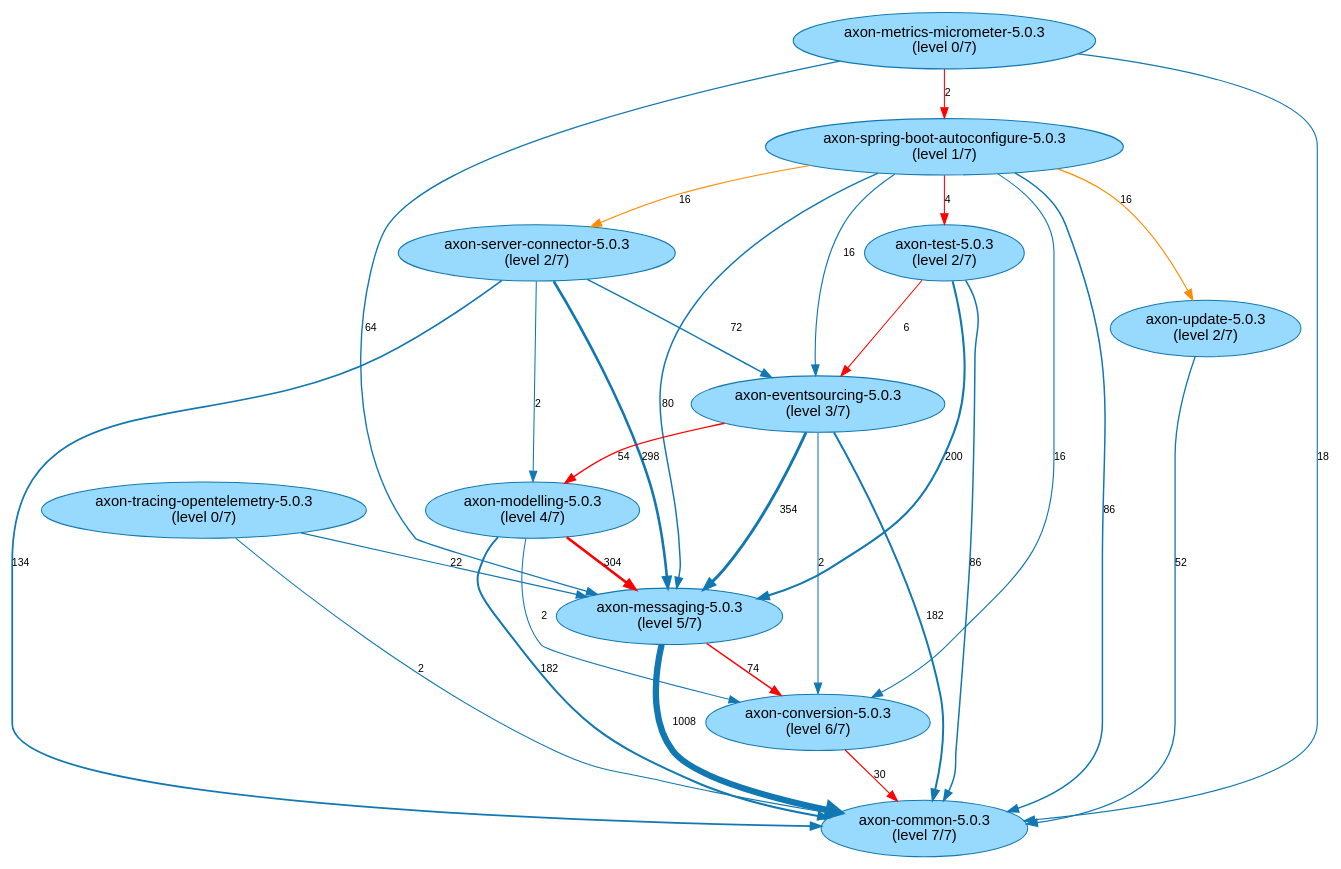
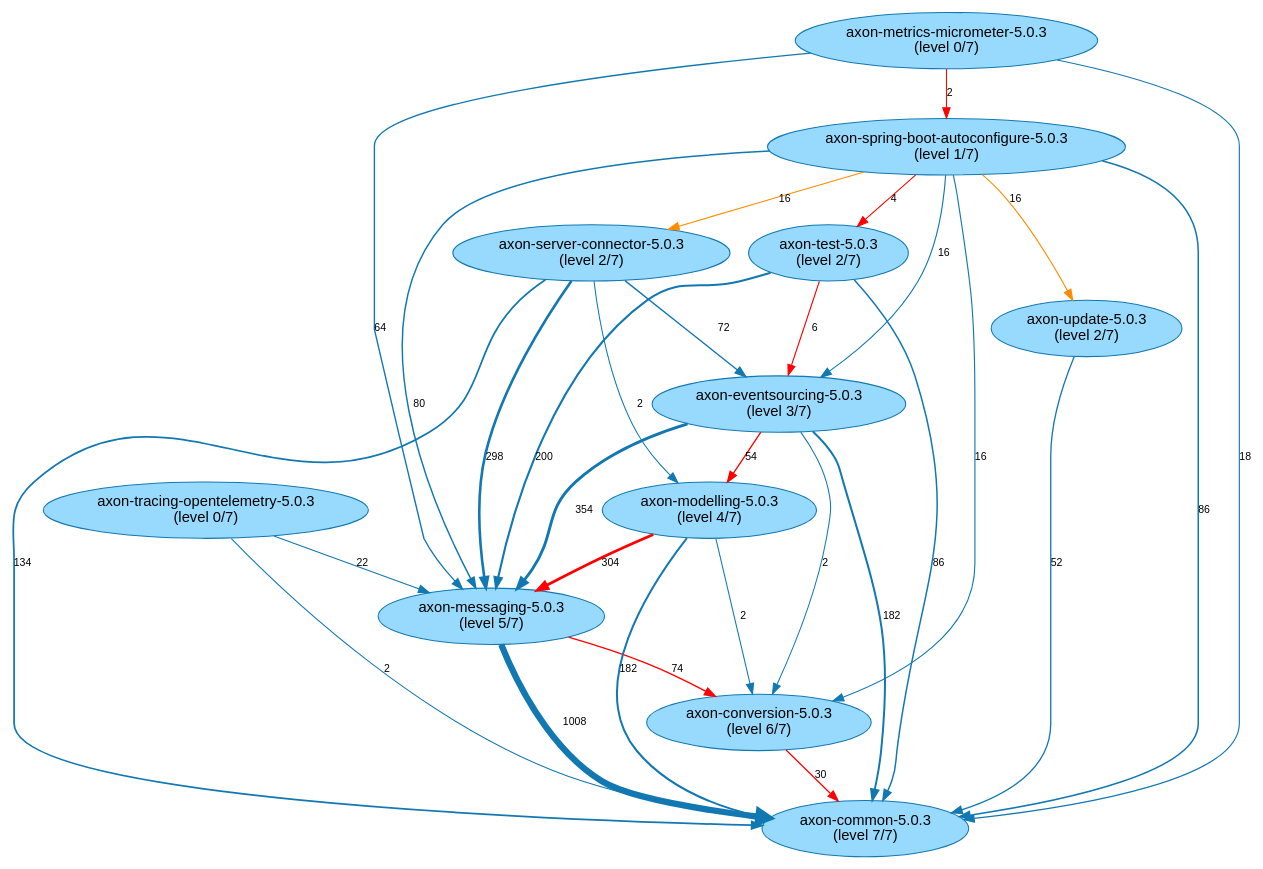
The diagram in analysis-results/AxonFramework/AxonFramework-5.0.3/path-finding-visualization/JavaArtifactLongestPaths.gv (JohT/code-graph-analysis-examples), drawn with Graphviz before and after one commit. The commit also changed other lines of this file and 853 other files, not shown here.

```diff
--- a/analysis-results/AxonFramework/AxonFramework-5.0.3/path-finding-visualization/JavaArtifactLongestPaths.gv
+++ b/analysis-results/AxonFramework/AxonFramework-5.0.3/path-finding-visualization/JavaArtifactLongestPaths.gv
@@ -1,42 +1,42 @@
 // This GraphViz dot file was generated by the script convertQueryResultCsvToGraphVizDotFile.sh with default.template
 
 strict digraph JavaArtifactLongestPaths {
     fontname = "Helvetica,Arial,sans-serif";
     node [fontname = "Helvetica,Arial,sans-serif";];
     edge [fontname = "Helvetica,Arial,sans-serif"; fontsize = 10;];
     node [style = filled; fillcolor = "0.560 0.400 0.999";];
     node [color = "0.560 0.900 0.700";];
     edge [color = "0.560 0.900 0.700";];
+	"axon-test-5.0.3\n(level 2/7)" -> "axon-messaging-5.0.3\n(level 5/7)" [label=200; penwidth=1.98; ];
+	"axon-test-5.0.3\n(level 2/7)" -> "axon-common-5.0.3\n(level 7/7)" [label=86; penwidth=1.42; ];
+	"axon-test-5.0.3\n(level 2/7)" -> "axon-eventsourcing-5.0.3\n(level 3/7)" [label=6; penwidth=1.02; color="red"; ];
+	"axon-tracing-opentelemetry-5.0.3\n(level 0/7)" -> "axon-common-5.0.3\n(level 7/7)" [label=2; penwidth=1.0; ];
+	"axon-tracing-opentelemetry-5.0.3\n(level 0/7)" -> "axon-messaging-5.0.3\n(level 5/7)" [label=22; penwidth=1.1; ];
+	"axon-eventsourcing-5.0.3\n(level 3/7)" -> "axon-messaging-5.0.3\n(level 5/7)" [label=354; penwidth=2.75; ];
+	"axon-eventsourcing-5.0.3\n(level 3/7)" -> "axon-common-5.0.3\n(level 7/7)" [label=182; penwidth=1.89; ];
+	"axon-eventsourcing-5.0.3\n(level 3/7)" -> "axon-modelling-5.0.3\n(level 4/7)" [label=54; penwidth=1.26; color="red"; ];
+	"axon-eventsourcing-5.0.3\n(level 3/7)" -> "axon-conversion-5.0.3\n(level 6/7)" [label=2; penwidth=1.0; ];
 	"axon-conversion-5.0.3\n(level 6/7)" -> "axon-common-5.0.3\n(level 7/7)" [label=30; penwidth=1.14; color="red"; ];
 	"axon-messaging-5.0.3\n(level 5/7)" -> "axon-common-5.0.3\n(level 7/7)" [label=1008; penwidth=6.0; ];
 	"axon-messaging-5.0.3\n(level 5/7)" -> "axon-conversion-5.0.3\n(level 6/7)" [label=74; penwidth=1.36; color="red"; ];
-	"axon-spring-boot-autoconfigure-5.0.3\n(level 1/7)" -> "axon-conversion-5.0.3\n(level 6/7)" [label=16; penwidth=1.07; ];
+	"axon-update-5.0.3\n(level 2/7)" -> "axon-common-5.0.3\n(level 7/7)" [label=52; penwidth=1.25; ];
+	"axon-metrics-micrometer-5.0.3\n(level 0/7)" -> "axon-common-5.0.3\n(level 7/7)" [label=18; penwidth=1.08; ];
+	"axon-metrics-micrometer-5.0.3\n(level 0/7)" -> "axon-messaging-5.0.3\n(level 5/7)" [label=64; penwidth=1.31; ];
+	"axon-metrics-micrometer-5.0.3\n(level 0/7)" -> "axon-spring-boot-autoconfigure-5.0.3\n(level 1/7)" [label=2; penwidth=1.0; color="red"; ];
+	"axon-server-connector-5.0.3\n(level 2/7)" -> "axon-messaging-5.0.3\n(level 5/7)" [label=298; penwidth=2.47; ];
+	"axon-server-connector-5.0.3\n(level 2/7)" -> "axon-common-5.0.3\n(level 7/7)" [label=134; penwidth=1.66; ];
+	"axon-server-connector-5.0.3\n(level 2/7)" -> "axon-modelling-5.0.3\n(level 4/7)" [label=2; penwidth=1.0; ];
+	"axon-server-connector-5.0.3\n(level 2/7)" -> "axon-eventsourcing-5.0.3\n(level 3/7)" [label=72; penwidth=1.35; ];
+	"axon-modelling-5.0.3\n(level 4/7)" -> "axon-common-5.0.3\n(level 7/7)" [label=182; penwidth=1.89; ];
+	"axon-modelling-5.0.3\n(level 4/7)" -> "axon-messaging-5.0.3\n(level 5/7)" [label=304; penwidth=2.5; color="red"; ];
+	"axon-modelling-5.0.3\n(level 4/7)" -> "axon-conversion-5.0.3\n(level 6/7)" [label=2; penwidth=1.0; ];
 	"axon-spring-boot-autoconfigure-5.0.3\n(level 1/7)" -> "axon-messaging-5.0.3\n(level 5/7)" [label=80; penwidth=1.39; ];
 	"axon-spring-boot-autoconfigure-5.0.3\n(level 1/7)" -> "axon-common-5.0.3\n(level 7/7)" [label=86; penwidth=1.42; ];
+	"axon-spring-boot-autoconfigure-5.0.3\n(level 1/7)" -> "axon-conversion-5.0.3\n(level 6/7)" [label=16; penwidth=1.07; ];
+	"axon-spring-boot-autoconfigure-5.0.3\n(level 1/7)" -> "axon-test-5.0.3\n(level 2/7)" [label=4; penwidth=1.01; color="red"; ];
 	"axon-spring-boot-autoconfigure-5.0.3\n(level 1/7)" -> "axon-update-5.0.3\n(level 2/7)" [label=16; penwidth=1.07; ];
 	"axon-spring-boot-autoconfigure-5.0.3\n(level 1/7)" -> "axon-server-connector-5.0.3\n(level 2/7)" [label=16; penwidth=1.07; ];
-	"axon-spring-boot-autoconfigure-5.0.3\n(level 1/7)" -> "axon-test-5.0.3\n(level 2/7)" [label=4; penwidth=1.01; color="red"; ];
 	"axon-spring-boot-autoconfigure-5.0.3\n(level 1/7)" -> "axon-eventsourcing-5.0.3\n(level 3/7)" [label=16; penwidth=1.07; ];
-	"axon-metrics-micrometer-5.0.3\n(level 0/7)" -> "axon-spring-boot-autoconfigure-5.0.3\n(level 1/7)" [label=2; penwidth=1.0; color="red"; ];
-	"axon-metrics-micrometer-5.0.3\n(level 0/7)" -> "axon-common-5.0.3\n(level 7/7)" [label=18; penwidth=1.08; ];
-	"axon-metrics-micrometer-5.0.3\n(level 0/7)" -> "axon-messaging-5.0.3\n(level 5/7)" [label=64; penwidth=1.31; ];
-	"axon-test-5.0.3\n(level 2/7)" -> "axon-messaging-5.0.3\n(level 5/7)" [label=200; penwidth=1.98; ];
-	"axon-test-5.0.3\n(level 2/7)" -> "axon-common-5.0.3\n(level 7/7)" [label=86; penwidth=1.42; ];
-	"axon-test-5.0.3\n(level 2/7)" -> "axon-eventsourcing-5.0.3\n(level 3/7)" [label=6; penwidth=1.02; color="red"; ];
-	"axon-eventsourcing-5.0.3\n(level 3/7)" -> "axon-messaging-5.0.3\n(level 5/7)" [label=354; penwidth=2.75; ];
-	"axon-eventsourcing-5.0.3\n(level 3/7)" -> "axon-common-5.0.3\n(level 7/7)" [label=182; penwidth=1.89; ];
-	"axon-eventsourcing-5.0.3\n(level 3/7)" -> "axon-conversion-5.0.3\n(level 6/7)" [label=2; penwidth=1.0; ];
-	"axon-eventsourcing-5.0.3\n(level 3/7)" -> "axon-modelling-5.0.3\n(level 4/7)" [label=54; penwidth=1.26; color="red"; ];
-	"axon-server-connector-5.0.3\n(level 2/7)" -> "axon-messaging-5.0.3\n(level 5/7)" [label=298; penwidth=2.47; ];
-	"axon-server-connector-5.0.3\n(level 2/7)" -> "axon-common-5.0.3\n(level 7/7)" [label=134; penwidth=1.66; ];
-	"axon-server-connector-5.0.3\n(level 2/7)" -> "axon-eventsourcing-5.0.3\n(level 3/7)" [label=72; penwidth=1.35; ];
-	"axon-server-connector-5.0.3\n(level 2/7)" -> "axon-modelling-5.0.3\n(level 4/7)" [label=2; penwidth=1.0; ];
-	"axon-tracing-opentelemetry-5.0.3\n(level 0/7)" -> "axon-messaging-5.0.3\n(level 5/7)" [label=22; penwidth=1.1; ];
-	"axon-tracing-opentelemetry-5.0.3\n(level 0/7)" -> "axon-common-5.0.3\n(level 7/7)" [label=2; penwidth=1.0; ];
-	"axon-modelling-5.0.3\n(level 4/7)" -> "axon-messaging-5.0.3\n(level 5/7)" [label=304; penwidth=2.5; color="red"; ];
-	"axon-modelling-5.0.3\n(level 4/7)" -> "axon-common-5.0.3\n(level 7/7)" [label=182; penwidth=1.89; ];
-	"axon-modelling-5.0.3\n(level 4/7)" -> "axon-conversion-5.0.3\n(level 6/7)" [label=2; penwidth=1.0; ];
-	"axon-update-5.0.3\n(level 2/7)" -> "axon-common-5.0.3\n(level 7/7)" [label=52; penwidth=1.25; ];
+	"axon-spring-boot-autoconfigure-5.0.3\n(level 1/7)" -> "axon-update-5.0.3\n(level 2/7)" [label=16; penwidth=1.07; color="darkorange"; ];
 	"axon-spring-boot-autoconfigure-5.0.3\n(level 1/7)" -> "axon-server-connector-5.0.3\n(level 2/7)" [label=16; penwidth=1.07; color="darkorange"; ];
-	"axon-spring-boot-autoconfigure-5.0.3\n(level 1/7)" -> "axon-update-5.0.3\n(level 2/7)" [label=16; penwidth=1.07; color="darkorange"; ];
 }
```
